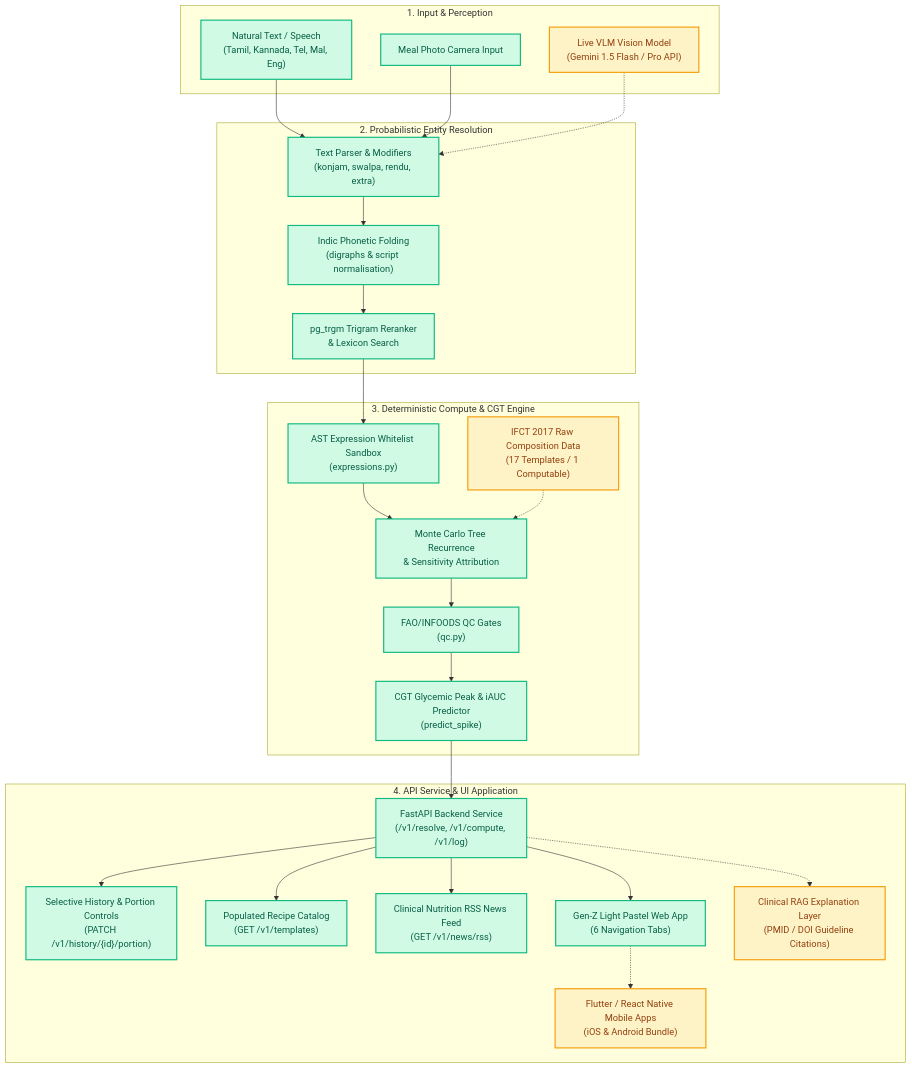
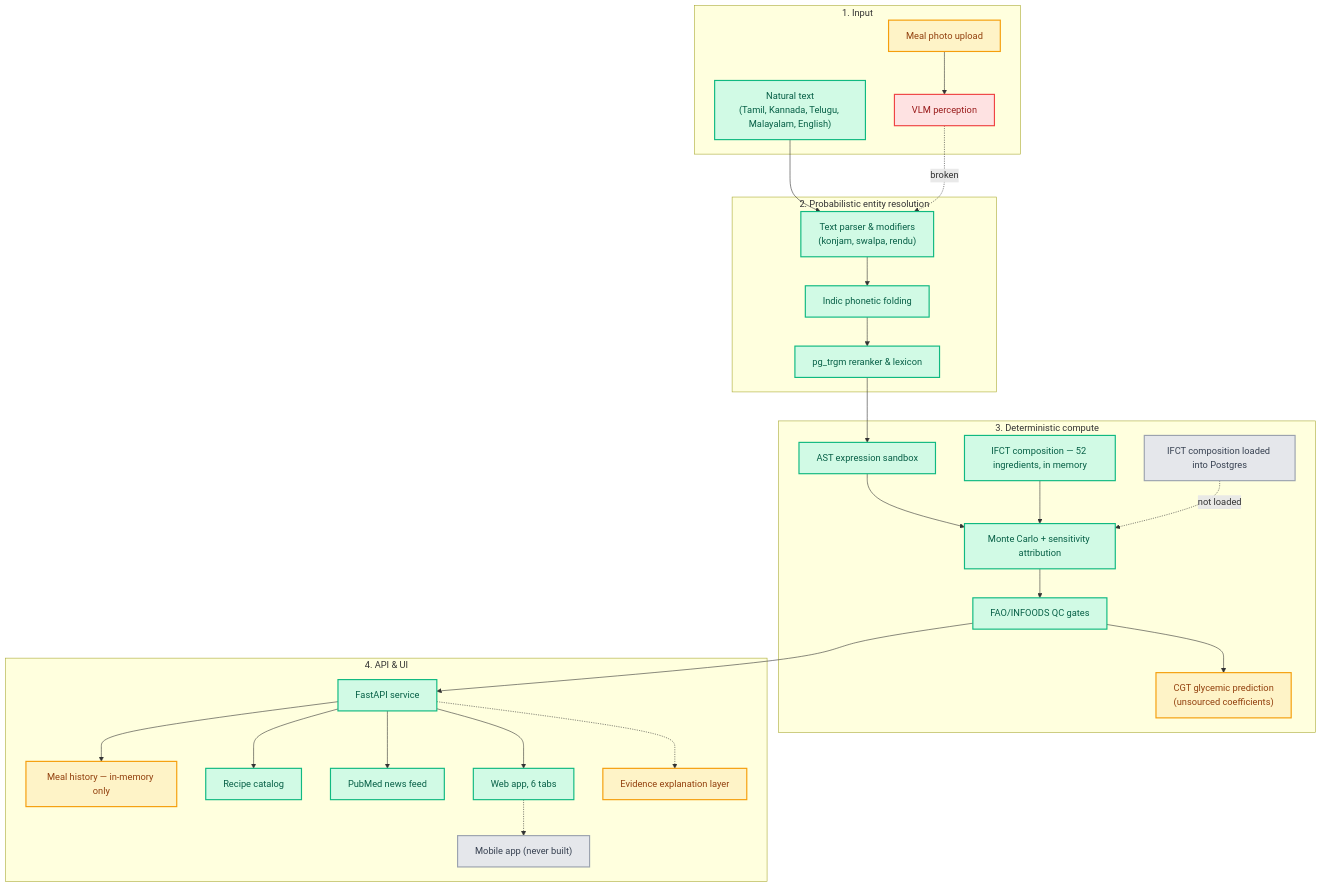
Before and after one commit to musicofthings/pathyam: the diagram in README.md, drawn with Mermaid. The commit also changed other lines of this file and 14 other files, not shown here.

First line of the commit message:
fix: repair broken schema, remove fabricated data, make docs match code

````diff
--- a/README.md
+++ b/README.md
@@ -11,53 +73,50 @@
 ```mermaid
 flowchart TD
-    subgraph INPUT["1. Input & Perception"]
-        A1["Natural Text / Speech<br/>(Tamil, Kannada, Tel, Mal, Eng)"]:::done
-        A2["Meal Photo Camera Input"]:::done
-        A3["Live VLM Vision Model<br/>(Gemini 1.5 Flash / Pro API)"]:::pending
+    subgraph INPUT["1. Input"]
+        A1["Natural text<br/>(Tamil, Kannada, Telugu, Malayalam, English)"]:::done
+        A2["Meal photo upload"]:::partial
+        A3["VLM perception"]:::broken
     end
 
-    subgraph RESOLUTION["2. Probabilistic Entity Resolution"]
-        B1["Text Parser & Modifiers<br/>(konjam, swalpa, rendu, extra)"]:::done
-        B2["Indic Phonetic Folding<br/>(digraphs & script normalisation)"]:::done
-        B3["pg_trgm Trigram Reranker<br/>& Lexicon Search"]:::done
+    subgraph RESOLUTION["2. Probabilistic entity resolution"]
+        B1["Text parser & modifiers<br/>(konjam, swalpa, rendu)"]:::done
+        B2["Indic phonetic folding"]:::done
+        B3["pg_trgm reranker & lexicon"]:::done
     end
 
-    subgraph ENGINE["3. Deterministic Compute & CGT Engine"]
-        C1["AST Expression Whitelist Sandbox<br/>(expressions.py)"]:::done
-        C2["Monte Carlo Tree Recurrence<br/>& Sensitivity Attribution"]:::done
-        C3["FAO/INFOODS QC Gates<br/>(qc.py)"]:::done
-        C4["CGT Glycemic Peak & iAUC Predictor<br/>(predict_spike)"]:::done
-        C5["IFCT 2017 Raw Composition Data<br/>(17 Templates / 1 Computable)"]:::pending
+    subgraph ENGINE["3. Deterministic compute"]
+        C1["AST expression sandbox"]:::done
+        C2["Monte Carlo + sensitivity attribution"]:::done
+        C3["FAO/INFOODS QC gates"]:::done
+        C4["IFCT composition — 52 ingredients, in memory"]:::done
+        C5["IFCT composition loaded into Postgres"]:::pending
+        C6["CGT glycemic prediction<br/>(unsourced coefficients)"]:::partial
     end
 
-    subgraph API_UI["4. API Service & UI Application"]
-        D1["FastAPI Backend Service<br/>(/v1/resolve, /v1/compute, /v1/log)"]:::done
-        D2["Selective History & Portion Controls<br/>(PATCH /v1/history/{id}/portion)"]:::done
-        D3["Populated Recipe Catalog<br/>(GET /v1/templates)"]:::done
-        D4["Clinical Nutrition RSS News Feed<br/>(GET /v1/news/rss)"]:::done
-        D5["Gen-Z Light Pastel Web App<br/>(6 Navigation Tabs)"]:::done
-        D6["Flutter / React Native Mobile Apps<br/>(iOS & Android Bundle)"]:::pending
-        D7["Clinical RAG Explanation Layer<br/>(PMID / DOI Guideline Citations)"]:::pending
+    subgraph API_UI["4. API & UI"]
+        D1["FastAPI service"]:::done
+        D2["Meal history — in-memory only"]:::partial
+        D3["Recipe catalog"]:::done
+        D4["PubMed news feed"]:::done
+        D5["Web app, 6 tabs"]:::done
+        D6["Mobile app (never built)"]:::pending
+        D7["Evidence explanation layer"]:::partial
     end
 
     A1 --> B1
-    A2 --> B1
-    A3 -.-> B1
-    B1 --> B2
-    B2 --> B3
-    B3 --> C1
-    C1 --> C2
-    C2 --> C3
-    C3 --> C4
-    C4 --> D1
-    C5 -.-> C2
-    D1 --> D2
-    D1 --> D3
-    D1 --> D4
-    D1 --> D5
+    A2 --> A3
+    A3 -.broken.-> B1
+    B1 --> B2 --> B3 --> C1 --> C2 --> C3
+    C4 --> C2
+    C5 -.not loaded.-> C2
+    C3 --> D1
+    C3 --> C6
+    D1 --> D2 & D3 & D4 & D5
     D5 -.-> D6
     D1 -.-> D7
 
     classDef done fill:#D1FAE5,stroke:#10B981,stroke-width:2px,color:#065F46;
-    classDef pending fill:#FEF3C7,stroke:#F59E0B,stroke-width:2px,color:#92400E;
+    classDef partial fill:#FEF3C7,stroke:#F59E0B,stroke-width:2px,color:#92400E;
+    classDef pending fill:#E5E7EB,stroke:#9CA3AF,stroke-width:2px,color:#374151;
+    classDef broken fill:#FEE2E2,stroke:#EF4444,stroke-width:2px,color:#991B1B;
 ```
````
